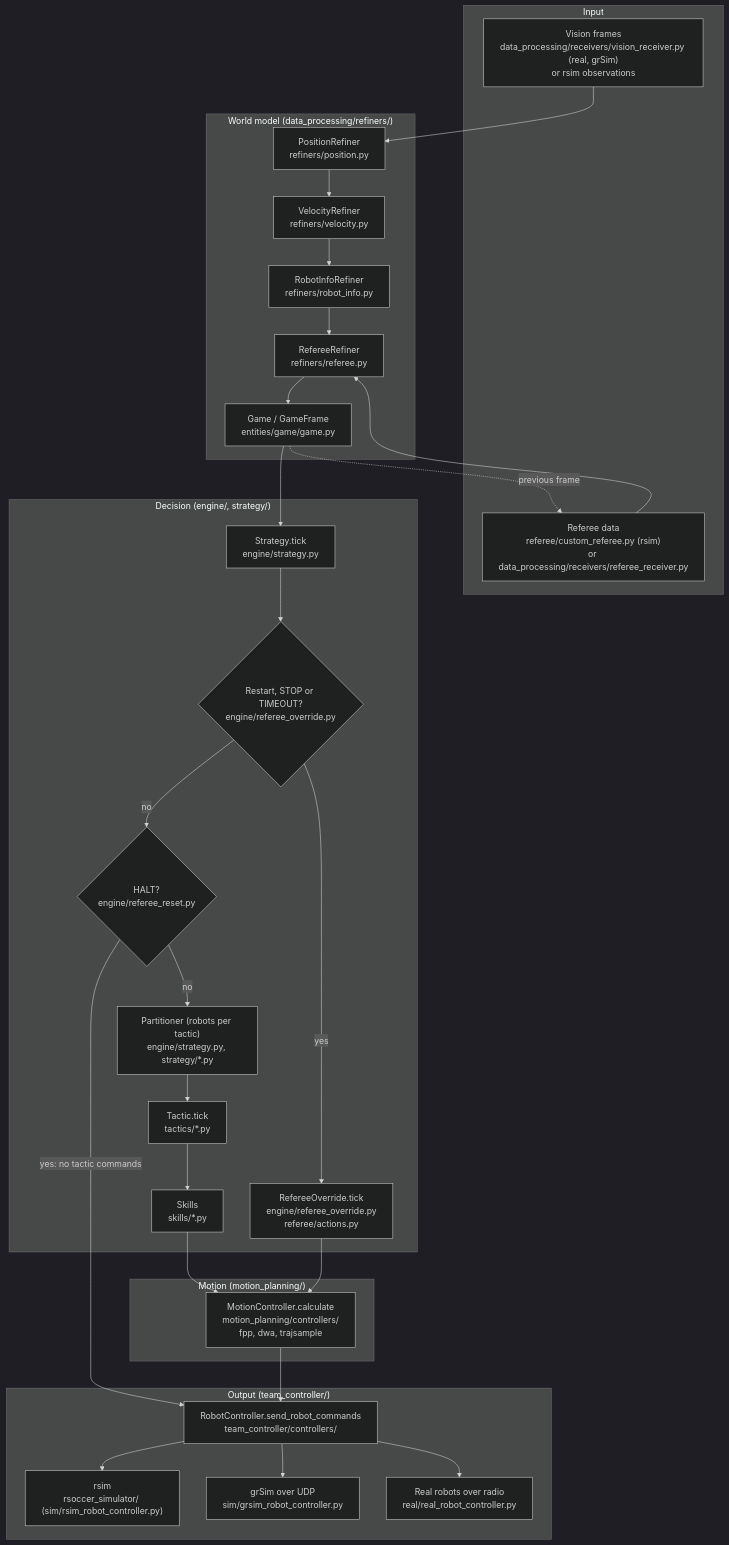
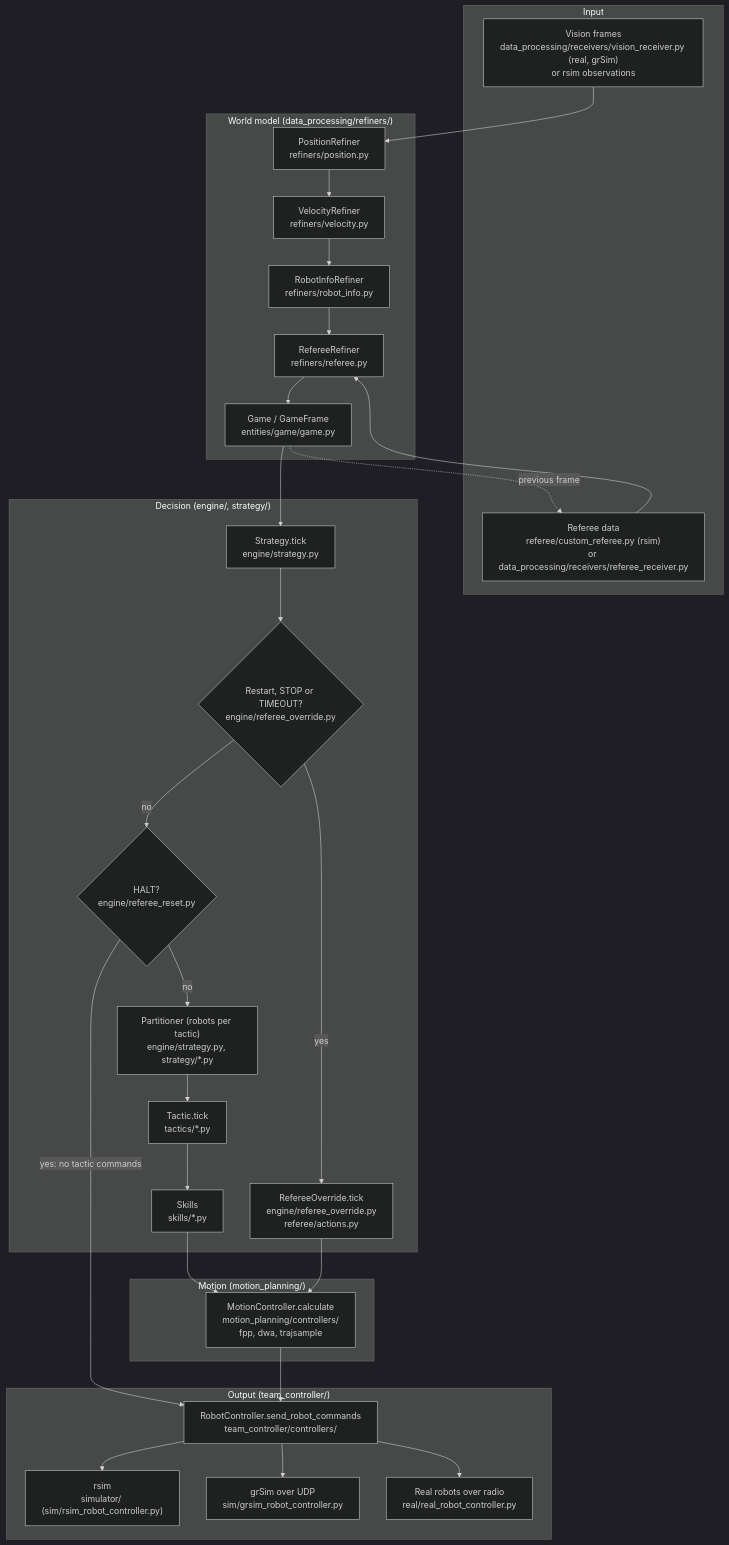
The first of 2 diagrams in docs/architecture.md (First-Order-RoboCup-SSL/Utama-Core), drawn with Mermaid (dark theme) before and after one commit. The commit also changed other lines of this file and 73 other files, not shown here.

Commit message:
structure: rsoccer_simulator/ becomes simulator/, subpackages lowercase

````diff
--- a/docs/architecture.md
+++ b/docs/architecture.md
@@ -11,54 +11,54 @@
 ```mermaid
 flowchart TD
     subgraph input["Input"]
         vis["Vision frames<br/>data_processing/receivers/vision_receiver.py (real, grSim)<br/>or rsim observations"]
         refsrc["Referee data<br/>referee/custom_referee.py (rsim)<br/>or data_processing/receivers/referee_receiver.py"]
     end
 
     subgraph world["World model (data_processing/refiners/)"]
         pos["PositionRefiner<br/>refiners/position.py"]
         vel["VelocityRefiner<br/>refiners/velocity.py"]
         rinfo["RobotInfoRefiner<br/>refiners/robot_info.py"]
         rref["RefereeRefiner<br/>refiners/referee.py"]
         game["Game / GameFrame<br/>entities/game/game.py"]
     end
 
     subgraph decision["Decision (engine/, strategy/)"]
         strat["Strategy.tick<br/>engine/strategy.py"]
         restart{"Restart, STOP or TIMEOUT?<br/>engine/referee_override.py"}
         halt{"HALT?<br/>engine/referee_reset.py"}
         ovr["RefereeOverride.tick<br/>engine/referee_override.py<br/>referee/actions.py"]
         part["Partitioner (robots per tactic)<br/>engine/strategy.py, strategy/*.py"]
         tac["Tactic.tick<br/>tactics/*.py"]
         skill["Skills<br/>skills/*.py"]
     end
 
     subgraph motion["Motion (motion_planning/)"]
         mc["MotionController.calculate<br/>motion_planning/controllers/<br/>fpp, dwa, trajsample"]
     end
 
     subgraph output["Output (team_controller/)"]
         ctrl["RobotController.send_robot_commands<br/>team_controller/controllers/"]
-        rsim["rsim<br/>rsoccer_simulator/ (sim/rsim_robot_controller.py)"]
+        rsim["rsim<br/>simulator/ (sim/rsim_robot_controller.py)"]
         grsim["grSim over UDP<br/>sim/grsim_robot_controller.py"]
         real["Real robots over radio<br/>real/real_robot_controller.py"]
     end
 
     vis --> pos
     pos --> vel --> rinfo --> rref
     refsrc --> rref
     rref --> game
     game --> strat
     game -. "previous frame" .-> refsrc
     strat --> restart
     restart -- "yes" --> ovr
     restart -- "no" --> halt
     halt -- "yes: no tactic commands" --> ctrl
     halt -- "no" --> part
     part --> tac --> skill --> mc
     ovr --> mc
     mc --> ctrl
     ctrl --> rsim
     ctrl --> grsim
     ctrl --> real
 ```
````
